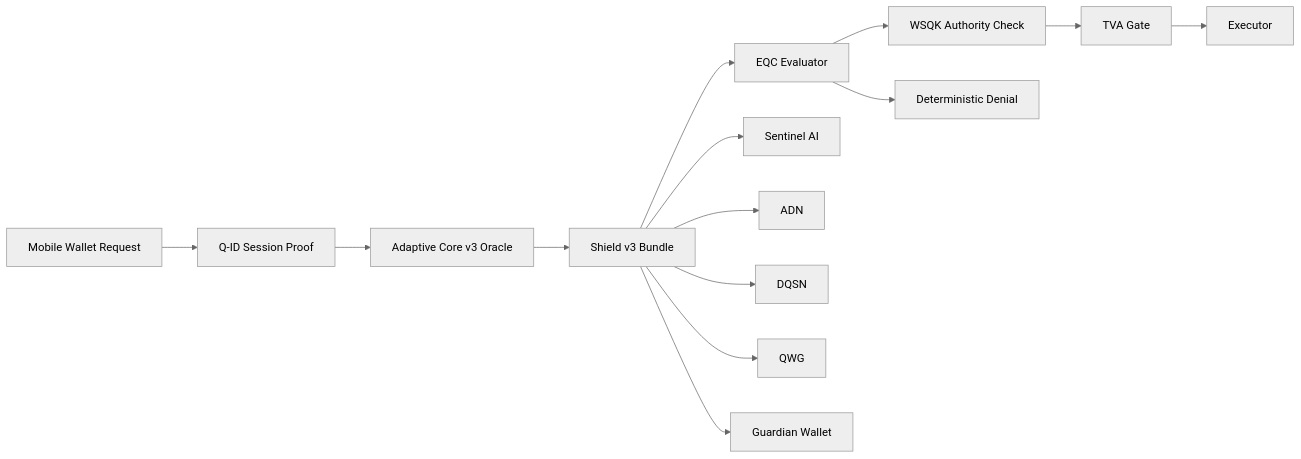
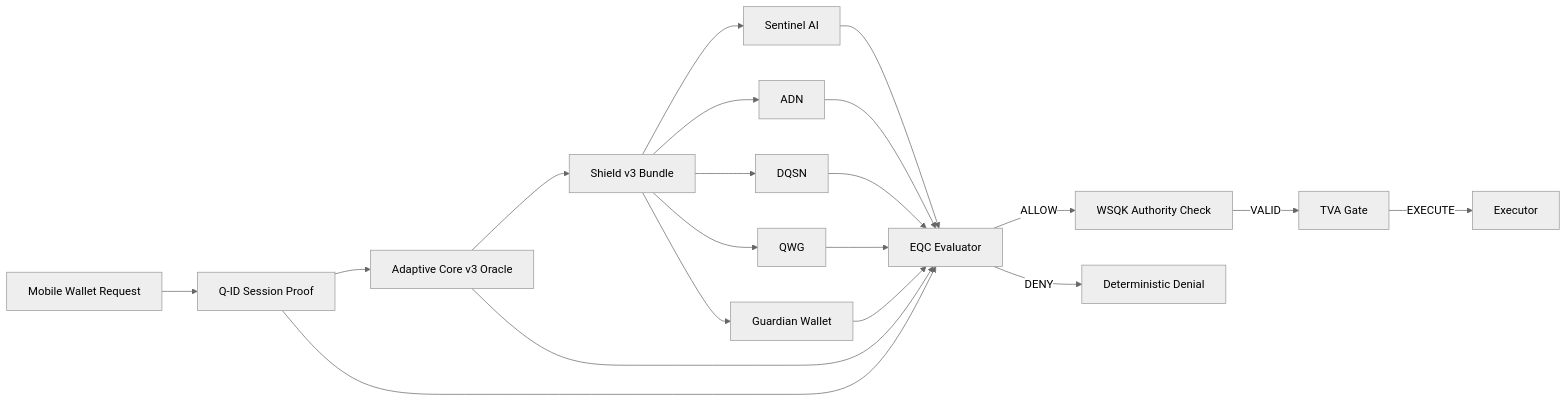
One commit to DarekDGB/DigiByte-AdamantineOS changed the diagram in README.md. Above: the diagram before and after it, drawn with Mermaid (neutral theme). The commit also changed other lines of this file, not shown here.

````diff
--- a/README.md
+++ b/README.md
@@ -42,18 +39,26 @@
-``` mermaid
+```mermaid
 flowchart LR
-  Request[Mobile Wallet Request] --> QID[Q-ID Session Proof]
-  QID --> Oracle[Adaptive Core v3 Oracle]
-  Oracle --> Shield[Shield v3 Bundle]
-  Shield --> EQC[EQC Evaluator]
-  EQC --> WSQK[WSQK Authority Check]
-  WSQK --> TVA[TVA Gate]
-  TVA --> Exec[Executor]
+    A[Mobile Wallet Request] --> B[Q-ID Session Proof]
+    B --> C[Adaptive Core v3 Oracle]
+    C --> D[Shield v3 Bundle]
 
-  Shield --> Sentinel[Sentinel AI]
-  Shield --> ADN[ADN]
-  Shield --> DQSN[DQSN]
-  Shield --> QWG[QWG]
-  Shield --> GW[Guardian Wallet]
+    D --> D1[Sentinel AI]
+    D --> D2[ADN]
+    D --> D3[DQSN]
+    D --> D4[QWG]
+    D --> D5[Guardian Wallet]
 
-  EQC --> Deny[Deterministic Denial]
+    D1 --> E[EQC Evaluator]
+    D2 --> E
+    D3 --> E
+    D4 --> E
+    D5 --> E
+    C --> E
+    B --> E
+
+    E -->|ALLOW| F[WSQK Authority Check]
+    F -->|VALID| G[TVA Gate]
+    G -->|EXECUTE| H[Executor]
+
+    E -->|DENY| X[Deterministic Denial]
 ```
````
